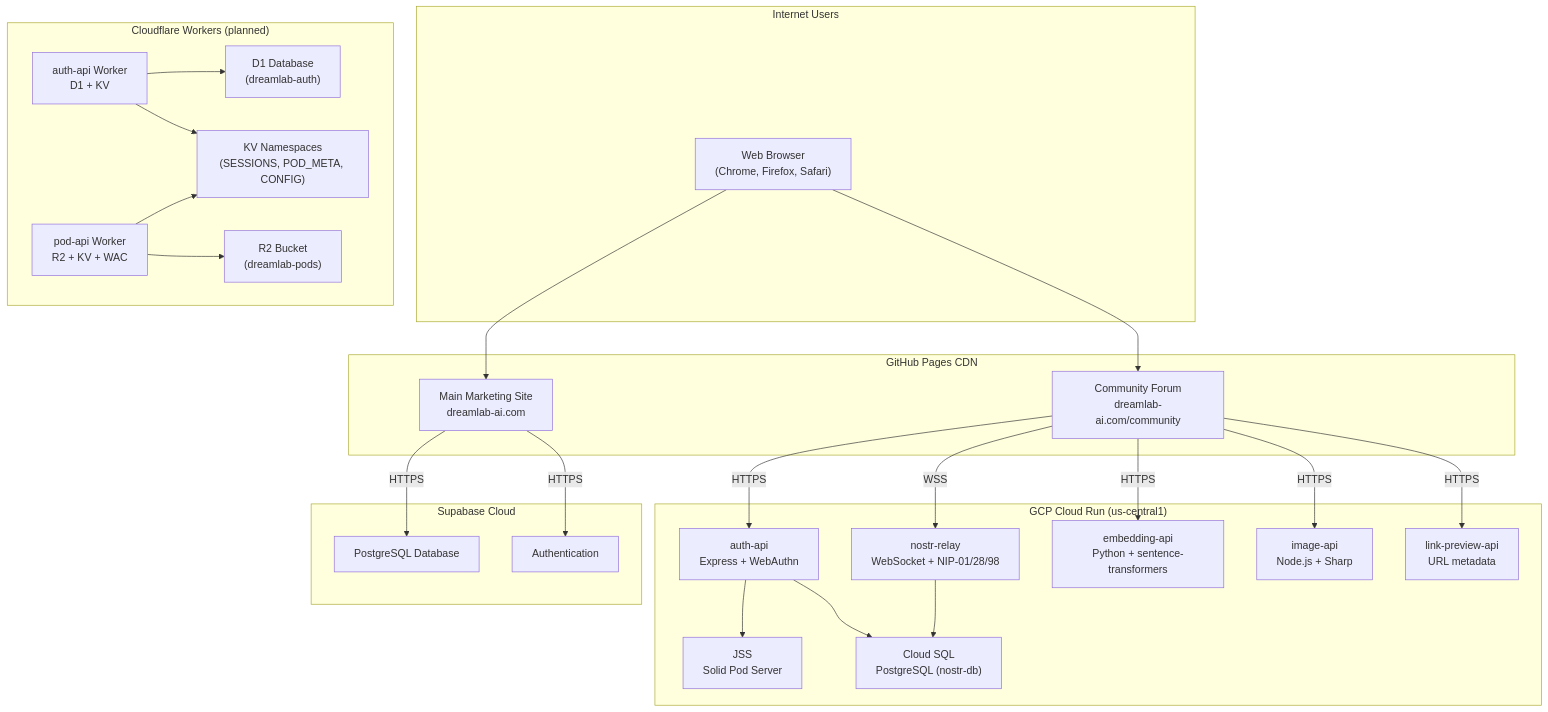
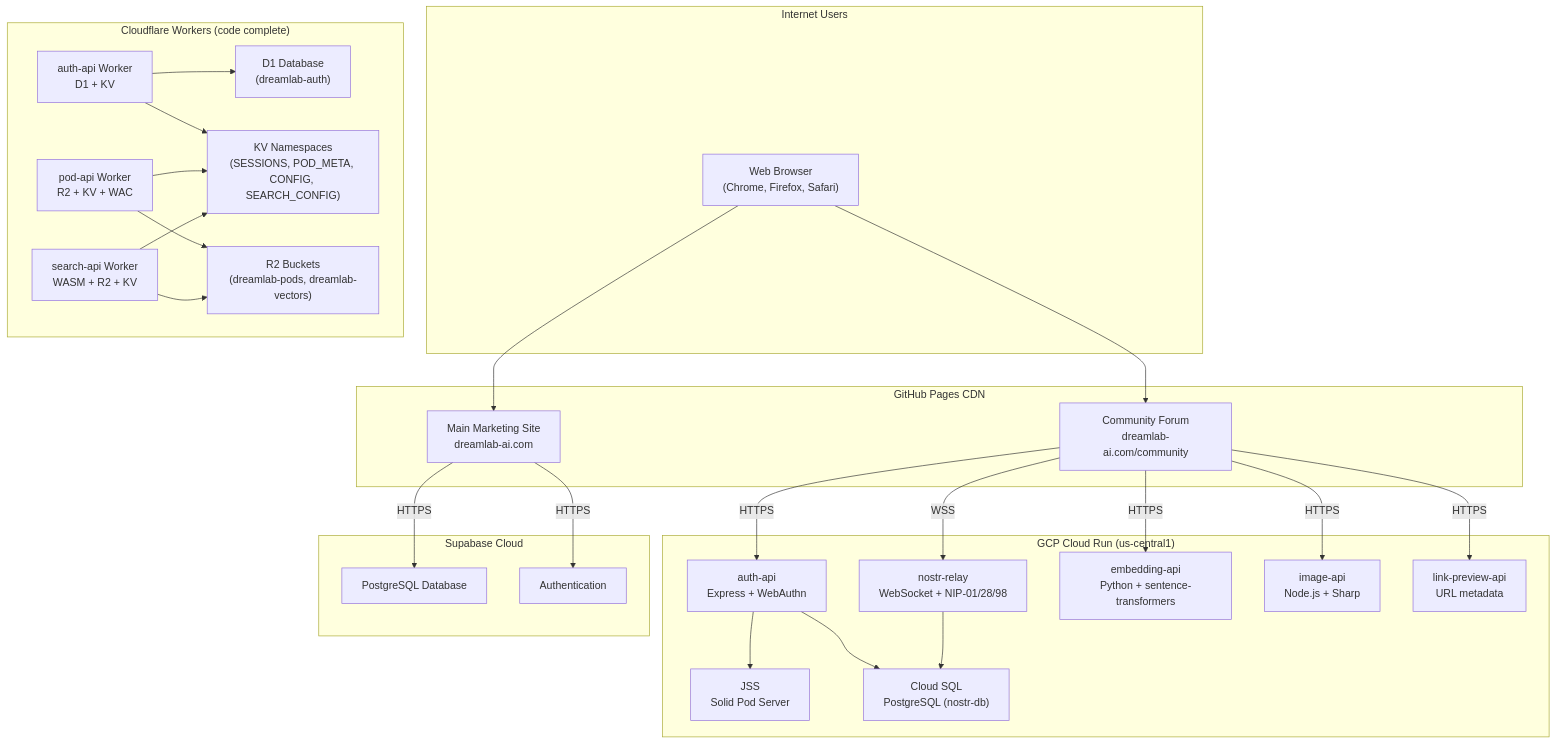
One commit to DreamLab-AI/dreamlab-ai-website changed the first of 3 diagrams in docs/architecture/SYSTEM_OVERVIEW.md. Above: the diagram before and after it, drawn with Mermaid. The commit also changed other lines of this file and 41 other files, not shown here.

First line of the commit message:
Deploy 3 Cloudflare Workers with security hardening

````diff
--- a/docs/architecture/SYSTEM_OVERVIEW.md
+++ b/docs/architecture/SYSTEM_OVERVIEW.md
@@ -23,52 +23,55 @@
 ```mermaid
 graph TB
     subgraph Internet["Internet Users"]
         Browser["Web Browser<br/>(Chrome, Firefox, Safari)"]
     end
 
     subgraph CDN["GitHub Pages CDN"]
         MainSite["Main Marketing Site<br/>dreamlab-ai.com"]
         CommunityApp["Community Forum<br/>dreamlab-ai.com/community"]
     end
 
     subgraph GCP["GCP Cloud Run (us-central1)"]
         AuthAPI["auth-api<br/>Express + WebAuthn"]
         JSS["JSS<br/>Solid Pod Server"]
         Relay["nostr-relay<br/>WebSocket + NIP-01/28/98"]
         EmbedAPI["embedding-api<br/>Python + sentence-transformers"]
         ImageAPI["image-api<br/>Node.js + Sharp"]
         LinkPreview["link-preview-api<br/>URL metadata"]
         CloudSQL["Cloud SQL<br/>PostgreSQL (nostr-db)"]
     end
 
     subgraph Supabase["Supabase Cloud"]
         SupabaseDB["PostgreSQL Database"]
         SupabaseAuth["Authentication"]
     end
 
-    subgraph CF["Cloudflare Workers (planned)"]
+    subgraph CF["Cloudflare Workers (code complete)"]
         CFAuth["auth-api Worker<br/>D1 + KV"]
         CFPod["pod-api Worker<br/>R2 + KV + WAC"]
+        CFSearch["search-api Worker<br/>WASM + R2 + KV"]
         D1["D1 Database<br/>(dreamlab-auth)"]
-        KV["KV Namespaces<br/>(SESSIONS, POD_META, CONFIG)"]
-        R2["R2 Bucket<br/>(dreamlab-pods)"]
+        KV["KV Namespaces<br/>(SESSIONS, POD_META, CONFIG, SEARCH_CONFIG)"]
+        R2["R2 Buckets<br/>(dreamlab-pods, dreamlab-vectors)"]
     end
 
     Browser --> MainSite
     Browser --> CommunityApp
     CommunityApp -->|WSS| Relay
     CommunityApp -->|HTTPS| AuthAPI
     CommunityApp -->|HTTPS| ImageAPI
     CommunityApp -->|HTTPS| EmbedAPI
     CommunityApp -->|HTTPS| LinkPreview
     AuthAPI --> JSS
     AuthAPI --> CloudSQL
     Relay --> CloudSQL
     MainSite -->|HTTPS| SupabaseDB
     MainSite -->|HTTPS| SupabaseAuth
 
     CFAuth --> D1
     CFAuth --> KV
     CFPod --> R2
     CFPod --> KV
+    CFSearch --> R2
+    CFSearch --> KV
 ```
````
